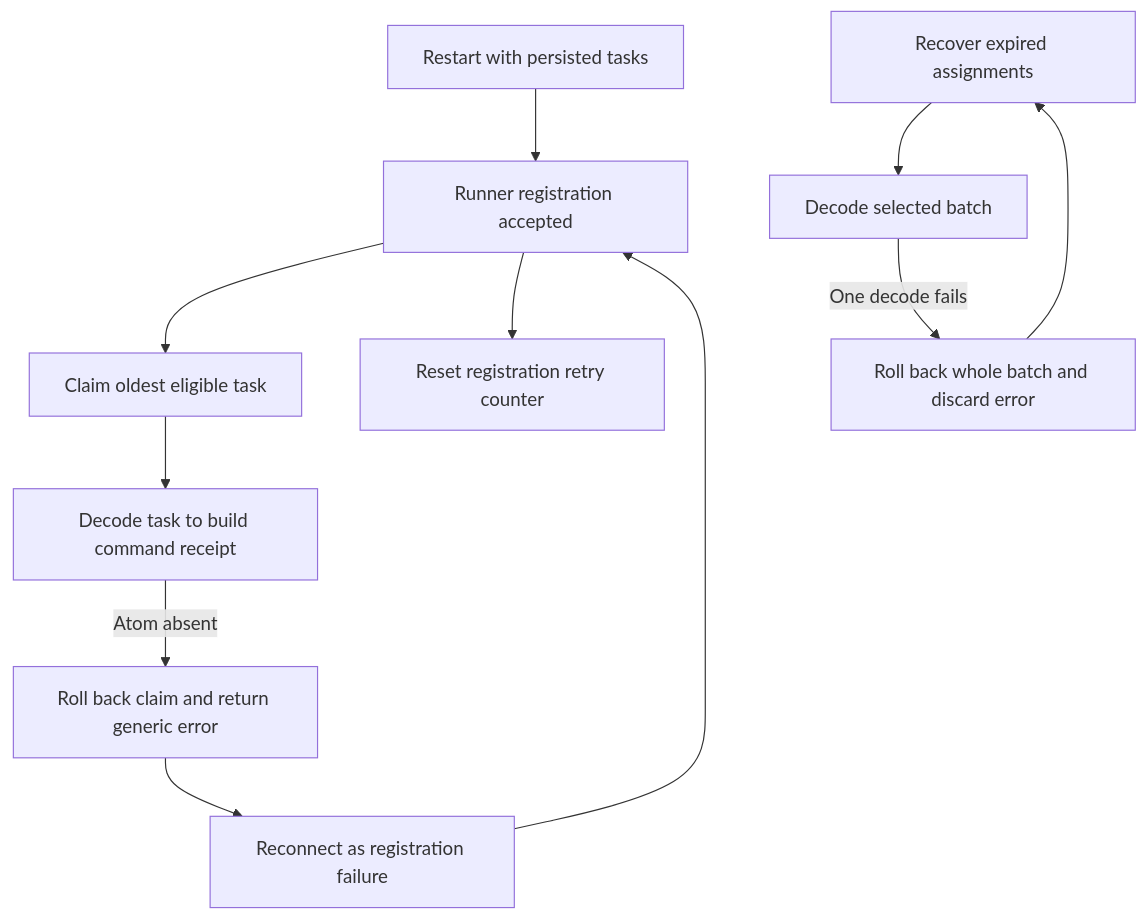
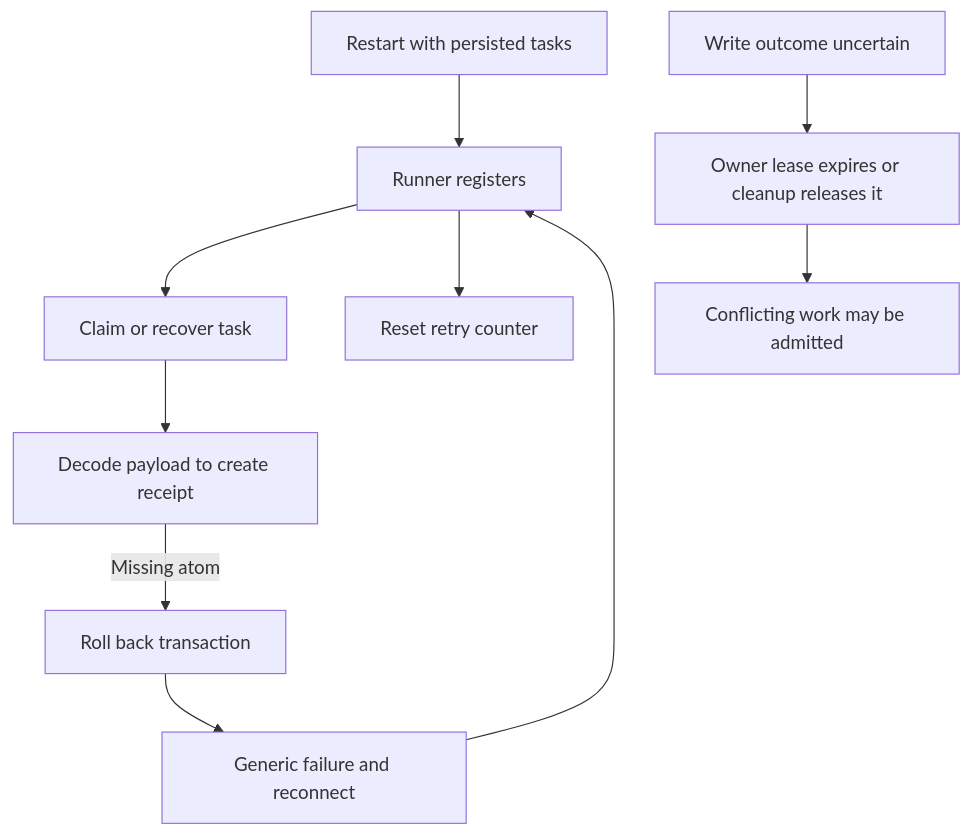
The first of 2 diagrams in docs/change-records/2026/issue-700-pr-703-crash-recovery.md (eirhop/favn), drawn with Mermaid before and after one commit. The commit also changed other lines of this file, not shown here.

````diff
--- a/docs/change-records/2026/issue-700-pr-703-crash-recovery.md
+++ b/docs/change-records/2026/issue-700-pr-703-crash-recovery.md
@@ -100,13 +84,12 @@
 ```mermaid
 flowchart TD
-    A[Restart with persisted tasks] --> B[Runner registration accepted]
-    B --> C[Claim oldest eligible task]
-    C --> D[Decode task to build command receipt]
-    D -->|Atom absent| E[Roll back claim and return generic error]
-    E --> F[Reconnect as registration failure]
+    A[Restart with persisted tasks] --> B[Runner registers]
+    B --> C[Claim or recover task]
+    C --> D[Decode payload to create receipt]
+    D -->|Missing atom| E[Roll back transaction]
+    E --> F[Generic failure and reconnect]
     F --> B
-    B --> G[Reset registration retry counter]
-    H[Recover expired assignments] --> I[Decode selected batch]
-    I -->|One decode fails| J[Roll back whole batch and discard error]
-    J --> H
+    B --> G[Reset retry counter]
+    H[Write outcome uncertain] --> I[Owner lease expires or cleanup releases it]
+    I --> J[Conflicting work may be admitted]
 ```
````
